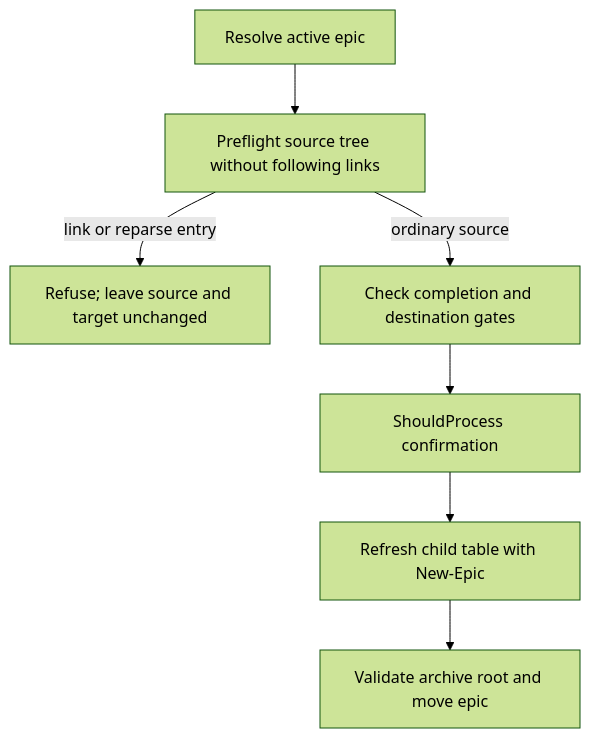
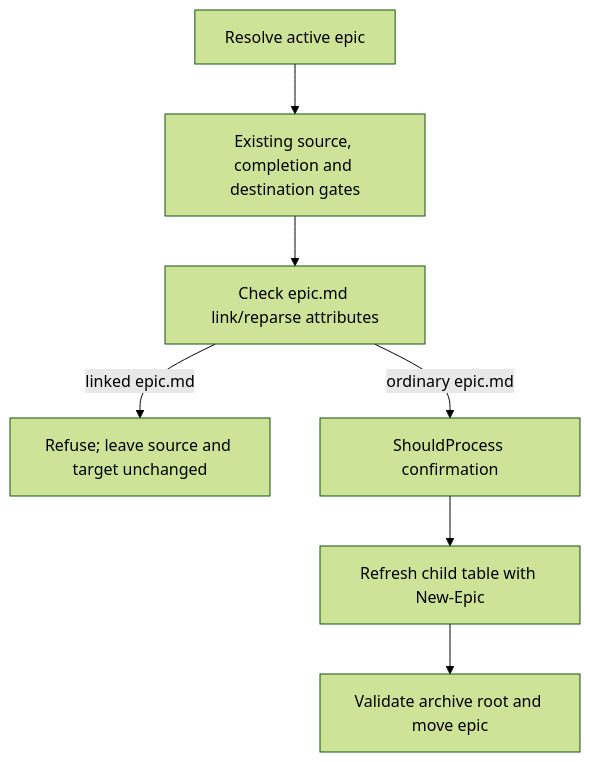
The diagram in docs/implementation-plans/standalone-2026-10-04-10920d-epic-archive-link-guard/assets/design.md (jIRI-san/skalary), drawn with Mermaid (forest theme) before and after one commit. The commit also changed other lines of this file and 6 other files, not shown here.

First line of the commit message:
Narrow epic archive plan to linked epic file write guard

````diff
--- a/docs/implementation-plans/standalone-2026-10-04-10920d-epic-archive-link-guard/assets/design.md
+++ b/docs/implementation-plans/standalone-2026-10-04-10920d-epic-archive-link-guard/assets/design.md
@@ -28,9 +27,9 @@
 ```mermaid
 flowchart TD
-    A[Resolve active epic] --> B[Preflight source tree without following links]
-    B -->|link or reparse entry| C[Refuse; leave source and target unchanged]
-    B -->|ordinary source| D[Check completion and destination gates]
-    D --> E[ShouldProcess confirmation]
+    A[Resolve active epic] --> D[Existing source, completion and destination gates]
+    D --> B[Check epic.md link/reparse attributes]
+    B -->|linked epic.md| C[Refuse; leave source and target unchanged]
+    B -->|ordinary epic.md| E[ShouldProcess confirmation]
     E --> F[Refresh child table with New-Epic]
     F --> G[Validate archive root and move epic]
 ```
````
